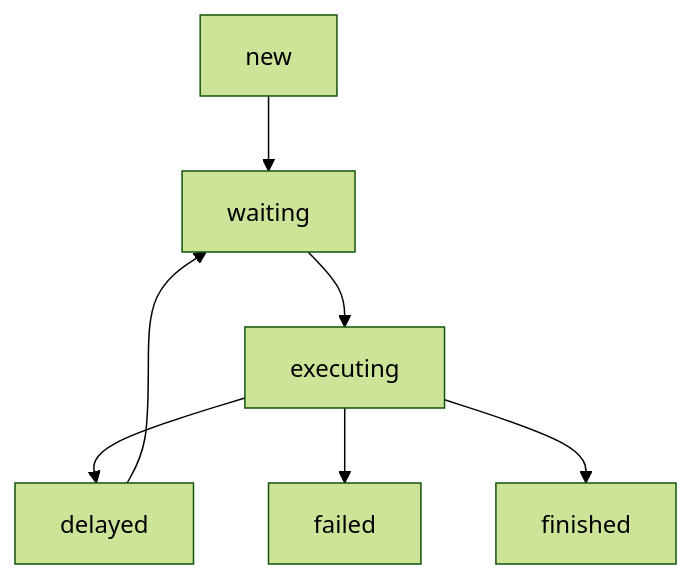
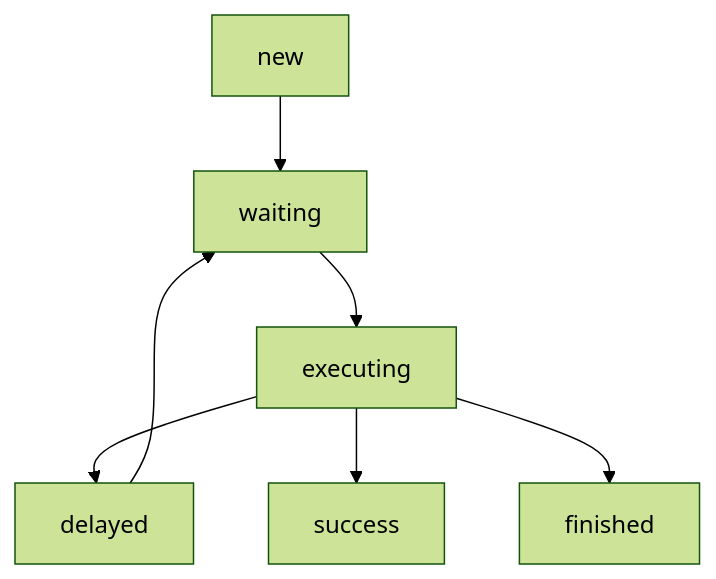
Before and after one commit to HD220/project-wiz: the diagram in docs/arquitetura.md, drawn with Mermaid (forest theme).

````diff
--- a/docs/arquitetura.md
+++ b/docs/arquitetura.md
@@ -47,16 +47,16 @@
 ```mermaid
 graph TD
     B[new]
     C[executing]
     D[finished]
     E[delayed]
     F[waiting]
-    G[failed]
+    G[success]
 
     B --> F
     F --> C
     C --> E
     C --> G
     C --> D
     E --> F
 ```
````
